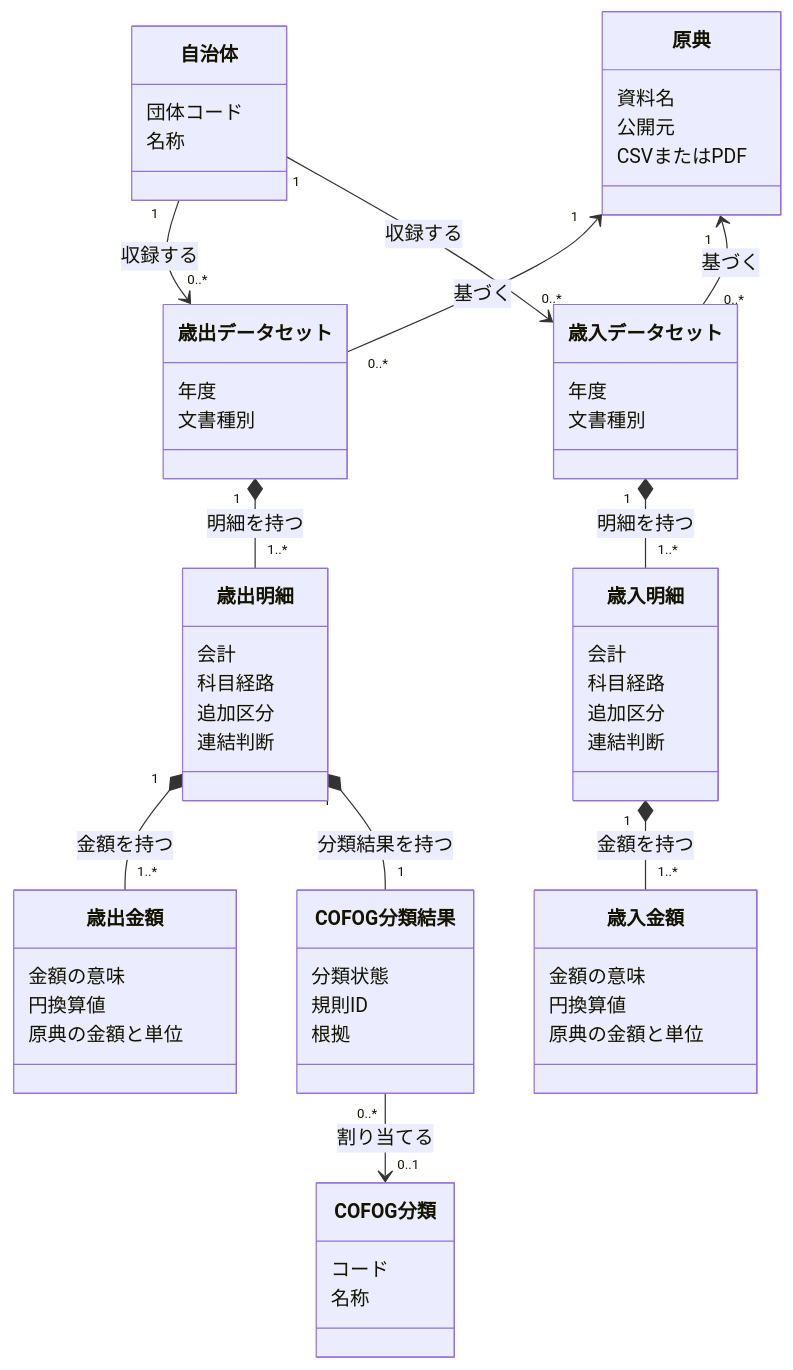
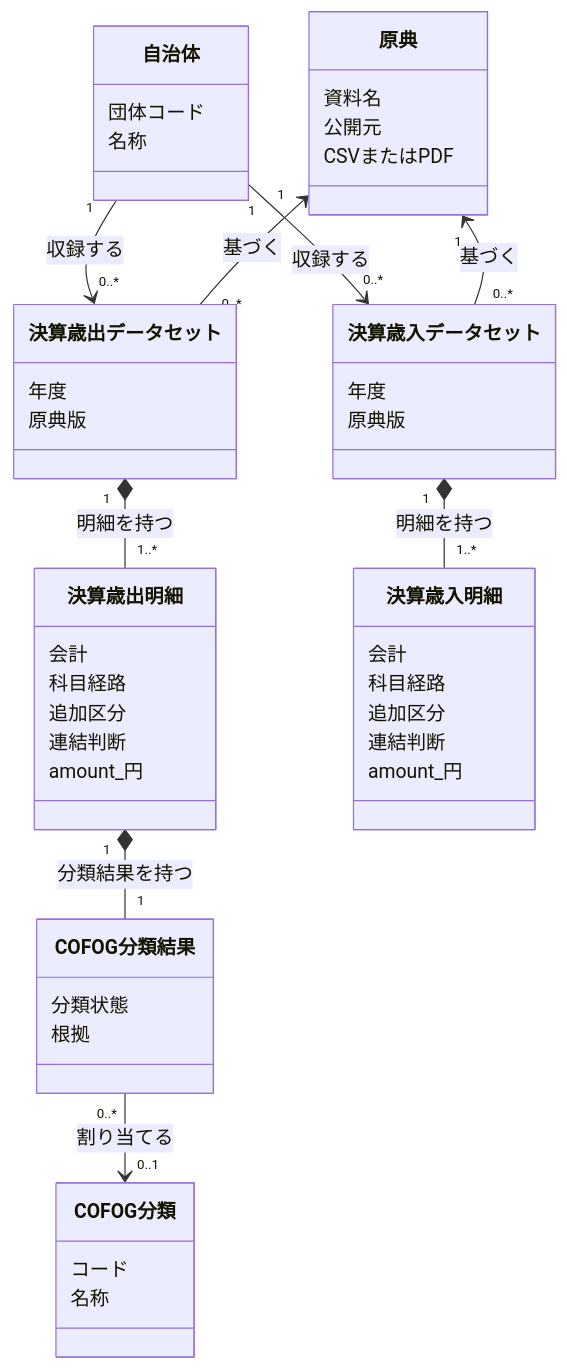
Before and after one commit to wwwyo/fudoki: the diagram in docs/fiscal-domain-model.md, drawn with Mermaid. The commit also changed other lines of this file and 4 other files, not shown here.

Commit message:
Apply the budget history model so each settlement line exposes one actual amount

````diff
--- a/docs/fiscal-domain-model.md
+++ b/docs/fiscal-domain-model.md
@@ -9,62 +9,51 @@
 ```mermaid
 classDiagram
     direction TB
     class Jurisdiction["自治体"] {
         団体コード
         名称
     }
     class Origin["原典"] {
         資料名
         公開元
         CSVまたはPDF
     }
-    class ExpenditureDataset["歳出データセット"] {
+    class SettlementExpenditureDataset["決算歳出データセット"] {
         年度
-        文書種別
+        原典版
     }
-    class RevenueDataset["歳入データセット"] {
+    class SettlementRevenueDataset["決算歳入データセット"] {
         年度
-        文書種別
+        原典版
     }
-    class ExpenditureLine["歳出明細"] {
+    class SettlementExpenditureLine["決算歳出明細"] {
         会計
         科目経路
         追加区分
         連結判断
+        amount_円
     }
-    class RevenueLine["歳入明細"] {
+    class SettlementRevenueLine["決算歳入明細"] {
         会計
         科目経路
         追加区分
         連結判断
-    }
-    class ExpenditureAmount["歳出金額"] {
-        金額の意味
-        円換算値
-        原典の金額と単位
-    }
-    class RevenueAmount["歳入金額"] {
-        金額の意味
-        円換算値
-        原典の金額と単位
+        amount_円
     }
     class CofogClassification["COFOG分類結果"] {
         分類状態
-        規則ID
         根拠
     }
     class CofogCode["COFOG分類"] {
         コード
         名称
     }
-    Jurisdiction "1" --> "0..*" ExpenditureDataset : 収録する
-    Jurisdiction "1" --> "0..*" RevenueDataset : 収録する
-    Origin "1" <-- "0..*" ExpenditureDataset : 基づく
-    Origin "1" <-- "0..*" RevenueDataset : 基づく
-    ExpenditureDataset "1" *-- "1..*" ExpenditureLine : 明細を持つ
-    RevenueDataset "1" *-- "1..*" RevenueLine : 明細を持つ
-    ExpenditureLine "1" *-- "1..*" ExpenditureAmount : 金額を持つ
-    RevenueLine "1" *-- "1..*" RevenueAmount : 金額を持つ
-    ExpenditureLine "1" *-- "1" CofogClassification : 分類結果を持つ
+    Jurisdiction "1" --> "0..*" SettlementExpenditureDataset : 収録する
+    Jurisdiction "1" --> "0..*" SettlementRevenueDataset : 収録する
+    Origin "1" <-- "0..*" SettlementExpenditureDataset : 基づく
+    Origin "1" <-- "0..*" SettlementRevenueDataset : 基づく
+    SettlementExpenditureDataset "1" *-- "1..*" SettlementExpenditureLine : 明細を持つ
+    SettlementRevenueDataset "1" *-- "1..*" SettlementRevenueLine : 明細を持つ
+    SettlementExpenditureLine "1" *-- "1" CofogClassification : 分類結果を持つ
     CofogClassification "0..*" --> "0..1" CofogCode : 割り当てる
 ```
````
